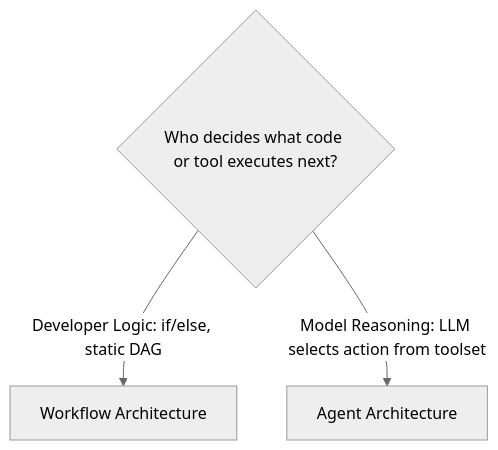
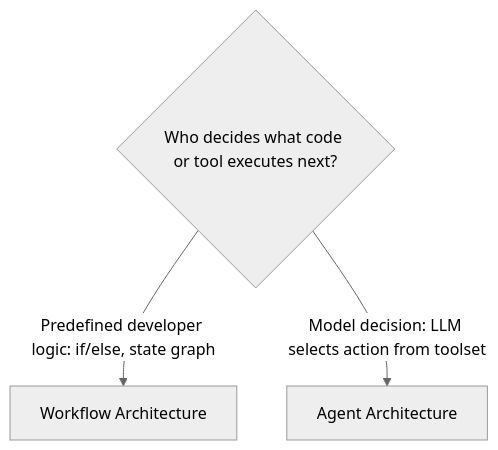
Before and after one commit to sivaskm/agentic-ai-engineering: the fifth of 14 diagrams in module-01-agentic-ai-foundations/content/01-from-generative-ai-to-agentic-control-loops.md, drawn with Mermaid (neutral theme). The commit also changed other lines of this file and 8 other files, not shown here.

````diff
--- a/module-01-agentic-ai-foundations/content/01-from-generative-ai-to-agentic-control-loops.md
+++ b/module-01-agentic-ai-foundations/content/01-from-generative-ai-to-agentic-control-loops.md
@@ -197,6 +219,6 @@
 ```mermaid
 flowchart TD
     Question{Who decides what code or tool executes next?}
-    Question -->|Developer Logic: if/else, static DAG| Workflow[Workflow Architecture]
-    Question -->|Model Reasoning: LLM selects action from toolset| Agent[Agent Architecture]
+    Question -->|Predefined developer logic: if/else, state graph| Workflow[Workflow Architecture]
+    Question -->|Model decision: LLM selects action from toolset| Agent[Agent Architecture]
 ```
````
